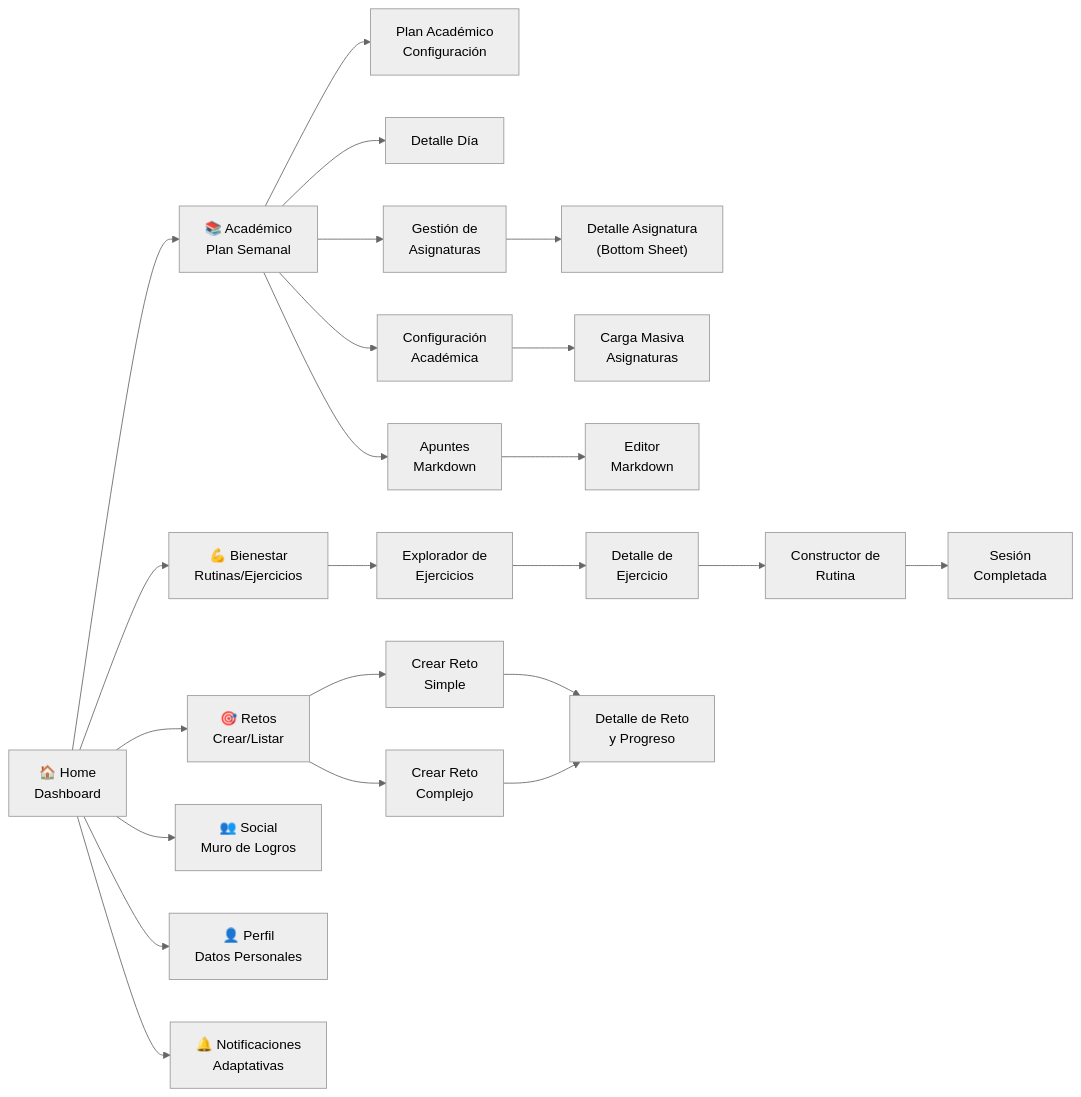
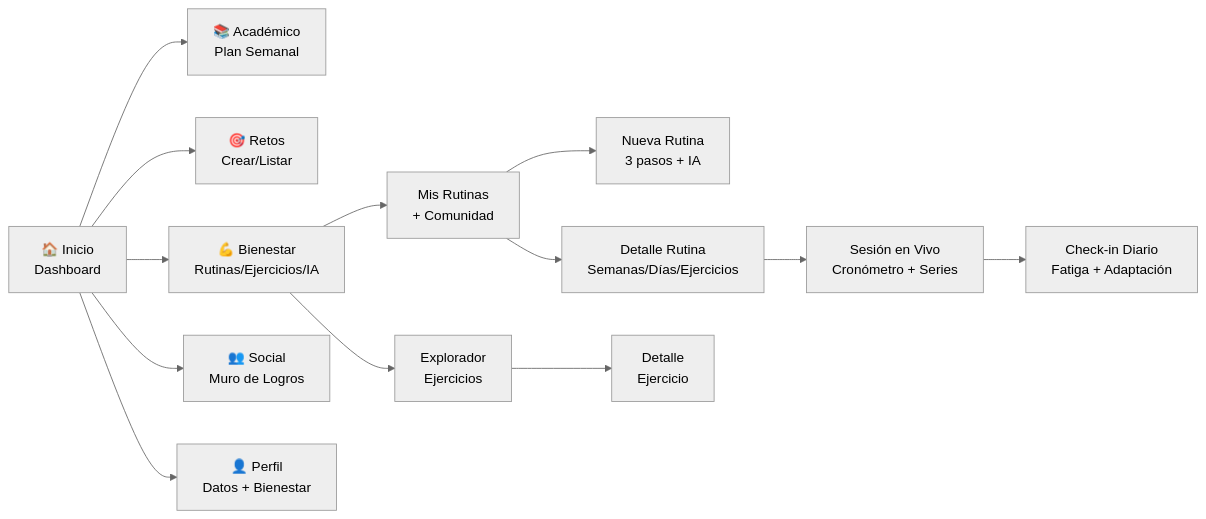
One commit to Jloen1999/synaptixfit changed the first of 4 diagrams in docs/06-frontend.md. Above: the diagram before and after it, drawn with Mermaid (neutral theme). The commit also changed other lines of this file and 35 other files, not shown here.

````diff
--- a/docs/06-frontend.md
+++ b/docs/06-frontend.md
@@ -12,29 +12,16 @@
 ```mermaid
 flowchart LR
-    Home["🏠 Home<br/>Dashboard"] --> Academic["📚 Académico<br/>Plan Semanal"]
+    Home["🏠 Inicio<br/>Dashboard"] --> Academic["📚 Académico<br/>Plan Semanal"]
     Home --> Challenges["🎯 Retos<br/>Crear/Listar"]
-    Home --> Wellness["💪 Bienestar<br/>Rutinas/Ejercicios"]
+    Home --> Wellness["💪 Bienestar<br/>Rutinas/Ejercicios/IA"]
     Home --> Social["👥 Social<br/>Muro de Logros"]
-    Home --> Profile["👤 Perfil<br/>Datos Personales"]
-    
-    Academic --> AcademicPlan["Plan Académico<br/>Configuración"]
-    Academic --> DayDetail["Detalle Día"]
-    Academic --> GestionAsignaturas["Gestión de<br/>Asignaturas"]
-    Academic --> AcademicConfig["Configuración<br/>Académica"]
-    GestionAsignaturas --> AsignaturaDetail["Detalle Asignatura<br/>(Bottom Sheet)"]
-    AcademicConfig --> CarreraAsignaturas["Carga Masiva<br/>Asignaturas"]
-    Academic --> Apuntes["Apuntes<br/>Markdown"]
-    Apuntes --> ApunteEditor["Editor<br/>Markdown"]
-    
-    Wellness --> ExerciseExplorer["Explorador de<br/>Ejercicios"]
-    ExerciseExplorer --> ExerciseDetail["Detalle de<br/>Ejercicio"]
-    ExerciseDetail --> RoutineBuilder["Constructor de<br/>Rutina"]
-    RoutineBuilder --> SessionComplete["Sesión<br/>Completada"]
-    
-    Challenges --> SimpleChallenge["Crear Reto<br/>Simple"]
-    Challenges --> ComplexChallenge["Crear Reto<br/>Complejo"]
-    SimpleChallenge --> ChallengeDetail["Detalle de Reto<br/>y Progreso"]
-    ComplexChallenge --> ChallengeDetail
-    
-    Home --> Notifications["🔔 Notificaciones<br/>Adaptativas"]
+    Home --> Profile["👤 Perfil<br/>Datos + Bienestar"]
+
+    Wellness --> RoutineList["Mis Rutinas<br/>+ Comunidad"]
+    RoutineList --> NewRoutine["Nueva Rutina<br/>3 pasos + IA"]
+    RoutineList --> RoutineDetail["Detalle Rutina<br/>Semanas/Días/Ejercicios"]
+    RoutineDetail --> LiveSession["Sesión en Vivo<br/>Cronómetro + Series"]
+    LiveSession --> CheckIn["Check-in Diario<br/>Fatiga + Adaptación"]
+    Wellness --> ExerciseExplorer["Explorador<br/>Ejercicios"]
+    ExerciseExplorer --> ExerciseDetail["Detalle<br/>Ejercicio"]
 ```
````
